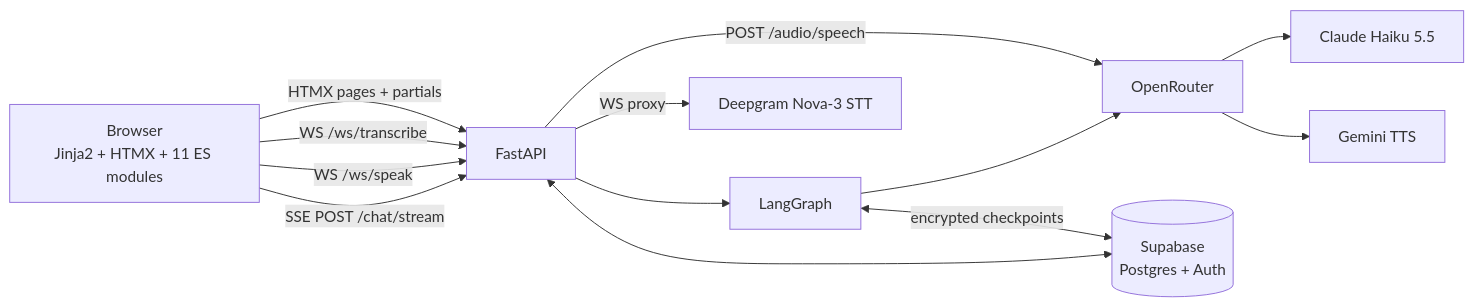
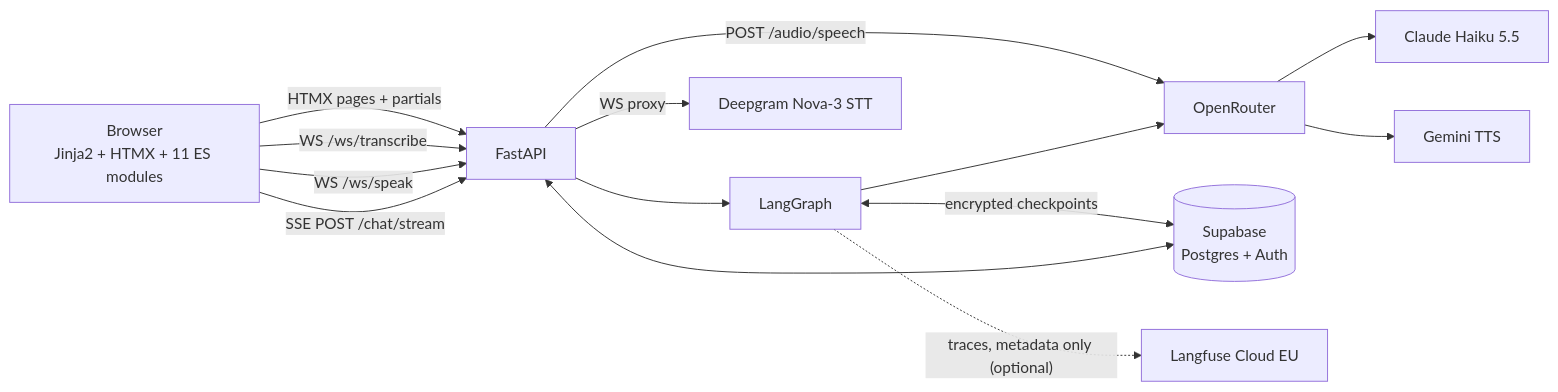
One commit to darth-dodo/habla-hermano changed the first of 9 diagrams in docs/architecture.md. Above: the diagram before and after it, drawn with Mermaid. The commit also changed other lines of this file and 18 other files, not shown here.

Commit message:
feat(observability): Langfuse tracing (metadata only) and a full docs refresh with badges (#123)

````diff
--- a/docs/architecture.md
+++ b/docs/architecture.md
@@ -7,17 +7,18 @@
 ```mermaid
 graph LR
     B["Browser<br/>Jinja2 + HTMX + 11 ES modules"]
     F["FastAPI"]
     LG["LangGraph"]
     OR["OpenRouter"]
     H["Claude Haiku 5.5"]
     G["Gemini TTS"]
     DG["Deepgram Nova-3 STT"]
     DB[("Supabase<br/>Postgres + Auth")]
 
     B -- "SSE  POST /chat/stream" --> F --> LG --> OR --> H
     B -- "WS  /ws/speak" --> F -- "POST /audio/speech" --> OR --> G
     B -- "WS  /ws/transcribe" --> F -- "WS proxy" --> DG
     B -- "HTMX pages + partials" --> F <--> DB
     LG <-- "encrypted checkpoints" --> DB
+    LG -. "traces, metadata only (optional)" .-> LF["Langfuse Cloud EU"]
 ```
````
